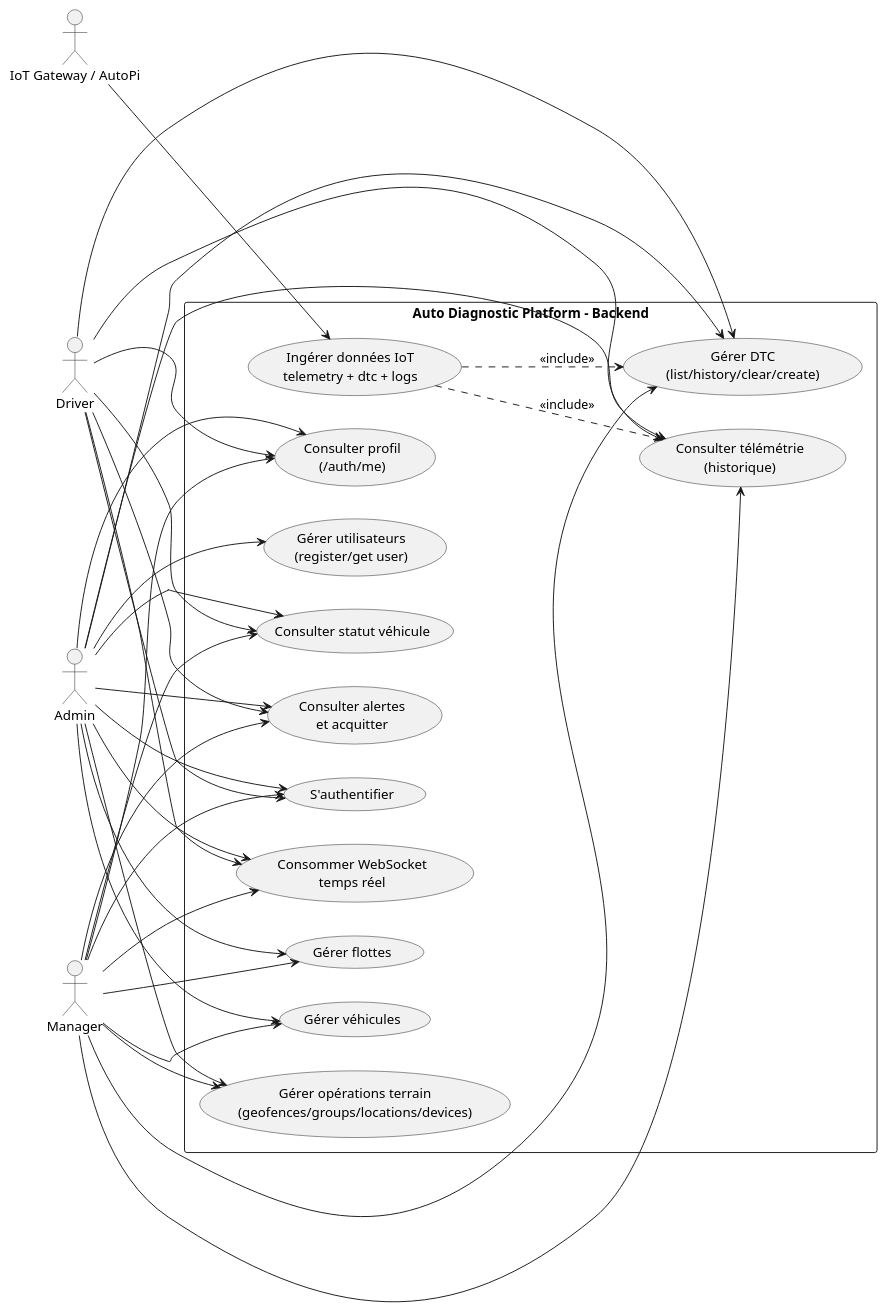
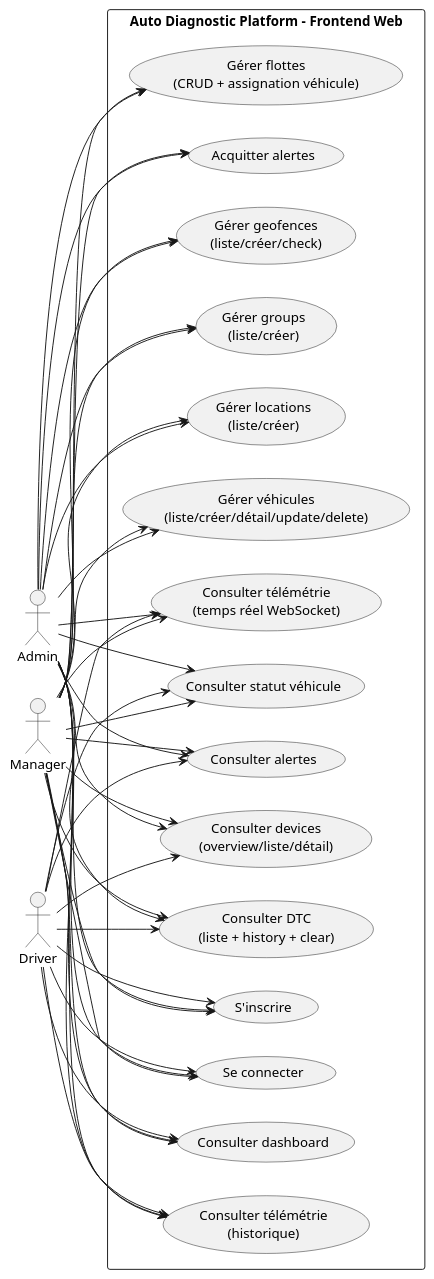
Before and after one commit to imenmallouli/deploy: the first of 11 diagrams in docs/api_backend_conception.md, drawn with PlantUML. The commit also changed 3 other files, not shown here.

````diff
--- a/docs/api_backend_conception.md
+++ b/docs/api_backend_conception.md
@@ -623,61 +623,70 @@
 ```plantuml
 @startuml
 left to right direction
 skinparam packageStyle rectangle
 
 actor Admin
 actor Manager
 actor Driver
-actor "IoT Gateway / AutoPi" as Gateway
 
-rectangle "Auto Diagnostic Platform - Backend" {
-   usecase "S'authentifier" as UC_Login
-   usecase "Consulter profil\n(/auth/me)" as UC_Profile
-   usecase "Gérer utilisateurs\n(register/get user)" as UC_Users
-   usecase "Gérer flottes" as UC_Fleets
-   usecase "Gérer véhicules" as UC_Vehicles
+rectangle "Auto Diagnostic Platform - Frontend Web" {
+   usecase "S'inscrire" as UC_Register
+   usecase "Se connecter" as UC_Login
+   usecase "Consulter dashboard" as UC_Dashboard
+   usecase "Gérer véhicules\n(liste/créer/détail/update/delete)" as UC_Vehicles
+   usecase "Gérer flottes\n(CRUD + assignation véhicule)" as UC_Fleets
    usecase "Consulter statut véhicule" as UC_Status
-   usecase "Consulter alertes\net acquitter" as UC_Alerts
-   usecase "Gérer DTC\n(list/history/clear/create)" as UC_DTC
+   usecase "Consulter alertes" as UC_AlertsView
+   usecase "Acquitter alertes" as UC_AlertsAck
+   usecase "Consulter DTC\n(liste + history + clear)" as UC_DTC
    usecase "Consulter télémétrie\n(historique)" as UC_Telemetry
-   usecase "Consommer WebSocket\ntemps réel" as UC_Realtime
-   usecase "Gérer opérations terrain\n(geofences/groups/locations/devices)" as UC_Ops
-   usecase "Ingérer données IoT\ntelemetry + dtc + logs" as UC_Ingest
+   usecase "Consulter télémétrie\n(temps réel WebSocket)" as UC_Realtime
+   usecase "Gérer geofences\n(liste/créer/check)" as UC_Geofences
+   usecase "Gérer groups\n(liste/créer)" as UC_Groups
+   usecase "Gérer locations\n(liste/créer)" as UC_Locations
+   usecase "Consulter devices\n(overview/liste/détail)" as UC_Devices
 }
 
+Admin --> UC_Register
 Admin --> UC_Login
-Admin --> UC_Profile
-Admin --> UC_Users
+Admin --> UC_Dashboard
 Admin --> UC_Fleets
 Admin --> UC_Vehicles
 Admin --> UC_Status
-Admin --> UC_Alerts
+Admin --> UC_AlertsView
+Admin --> UC_AlertsAck
 Admin --> UC_DTC
 Admin --> UC_Telemetry
 Admin --> UC_Realtime
-Admin --> UC_Ops
+Admin --> UC_Geofences
+Admin --> UC_Groups
+Admin --> UC_Locations
+Admin --> UC_Devices
 
+Manager --> UC_Register
 Manager --> UC_Login
-Manager --> UC_Profile
+Manager --> UC_Dashboard
 Manager --> UC_Fleets
 Manager --> UC_Vehicles
 Manager --> UC_Status
-Manager --> UC_Alerts
+Manager --> UC_AlertsView
+Manager --> UC_AlertsAck
 Manager --> UC_DTC
 Manager --> UC_Telemetry
 Manager --> UC_Realtime
-Manager --> UC_Ops
+Manager --> UC_Geofences
+Manager --> UC_Groups
+Manager --> UC_Locations
+Manager --> UC_Devices
 
+Driver --> UC_Register
 Driver --> UC_Login
-Driver --> UC_Profile
+Driver --> UC_Dashboard
 Driver --> UC_Status
-Driver --> UC_Alerts
+Driver --> UC_AlertsView
 Driver --> UC_DTC
 Driver --> UC_Telemetry
 Driver --> UC_Realtime
-
-Gateway --> UC_Ingest
-UC_Ingest ..> UC_Telemetry : <<include>>
-UC_Ingest ..> UC_DTC : <<include>>
+Driver --> UC_Devices
 @enduml
 ```
````
